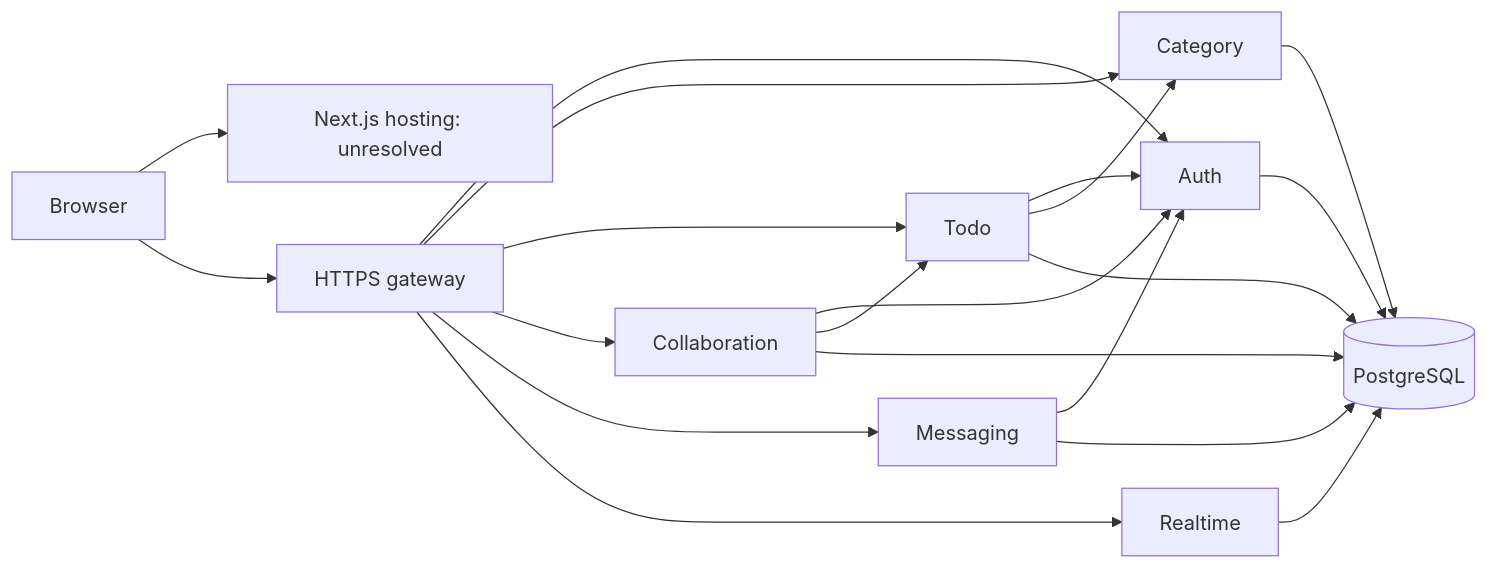
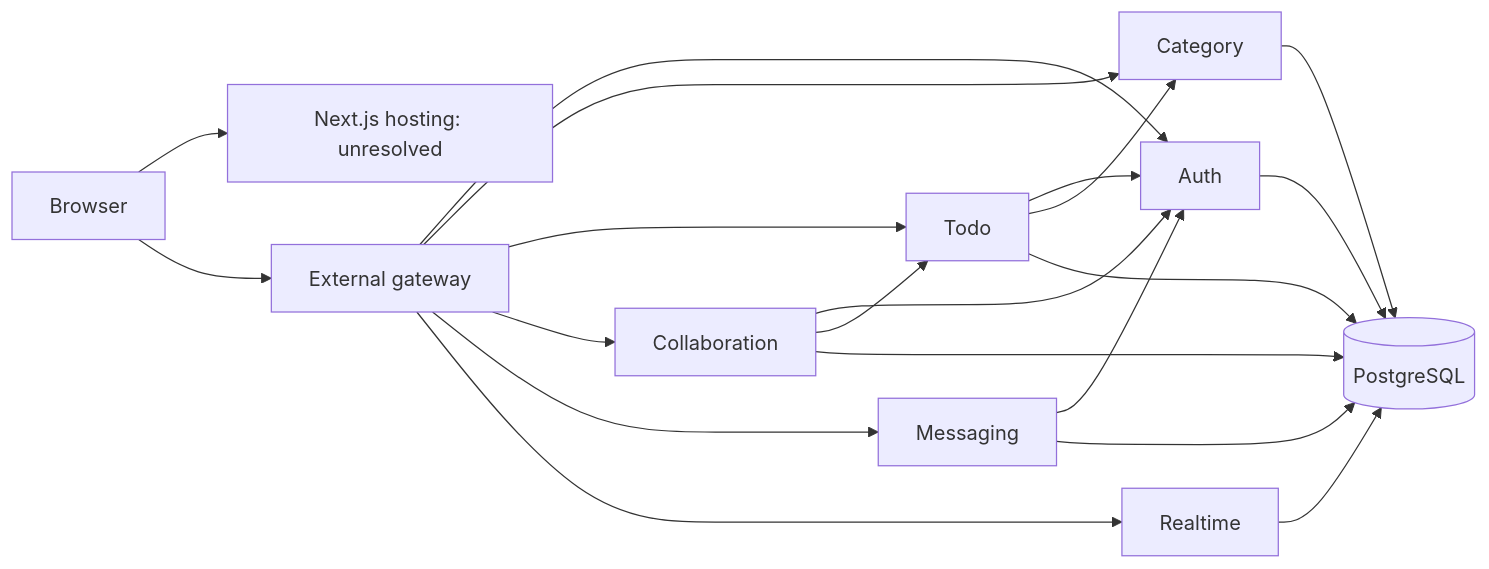
Before and after one commit to 4Keyy/Planora: the diagram in docs/production.md, drawn with Mermaid. The commit also changed other lines of this file and 5 other files, not shown here.

````diff
--- a/docs/production.md
+++ b/docs/production.md
@@ -28,22 +30,22 @@
 ```mermaid
 flowchart LR
     browser[Browser] --> frontend[Next.js hosting: unresolved]
-    browser --> gateway[HTTPS gateway]
+    browser --> gateway[External gateway]
     gateway --> auth[Auth]
     gateway --> category[Category]
     gateway --> todo[Todo]
     gateway --> collaboration[Collaboration]
     gateway --> messaging[Messaging]
     gateway --> realtime[Realtime]
     todo --> auth
     todo --> category
     collaboration --> auth
     collaboration --> todo
     messaging --> auth
     auth --> pg[(PostgreSQL)]
     category --> pg
     todo --> pg
     collaboration --> pg
     messaging --> pg
     realtime --> pg
 ```
````
